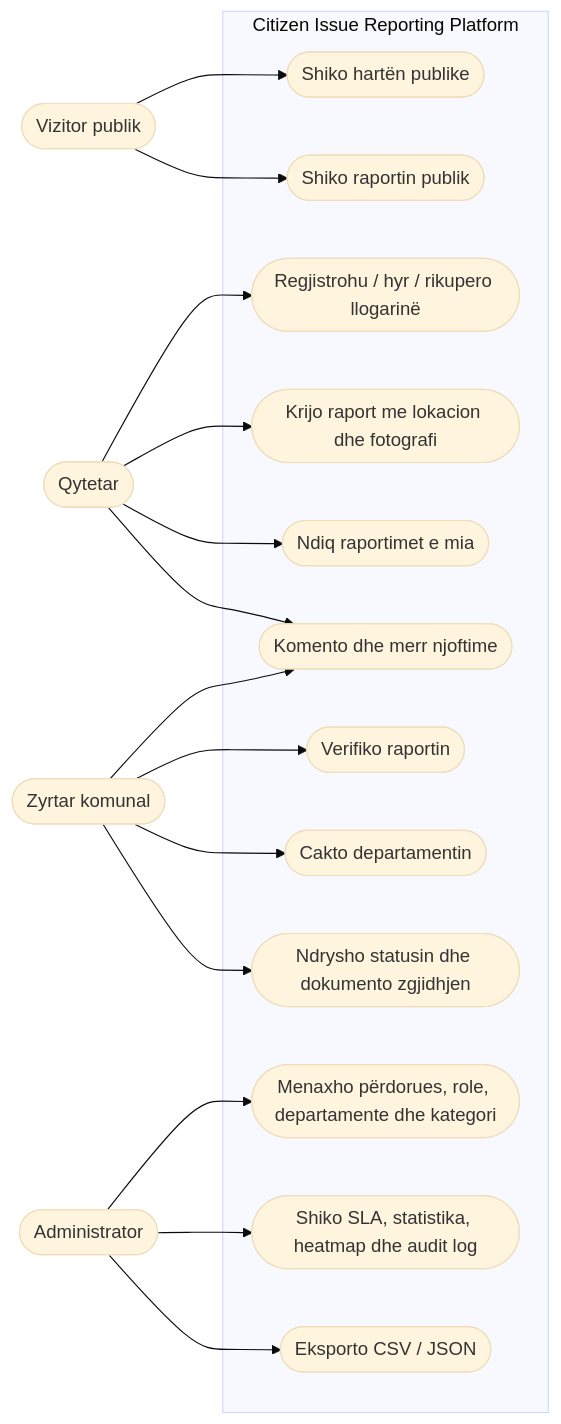
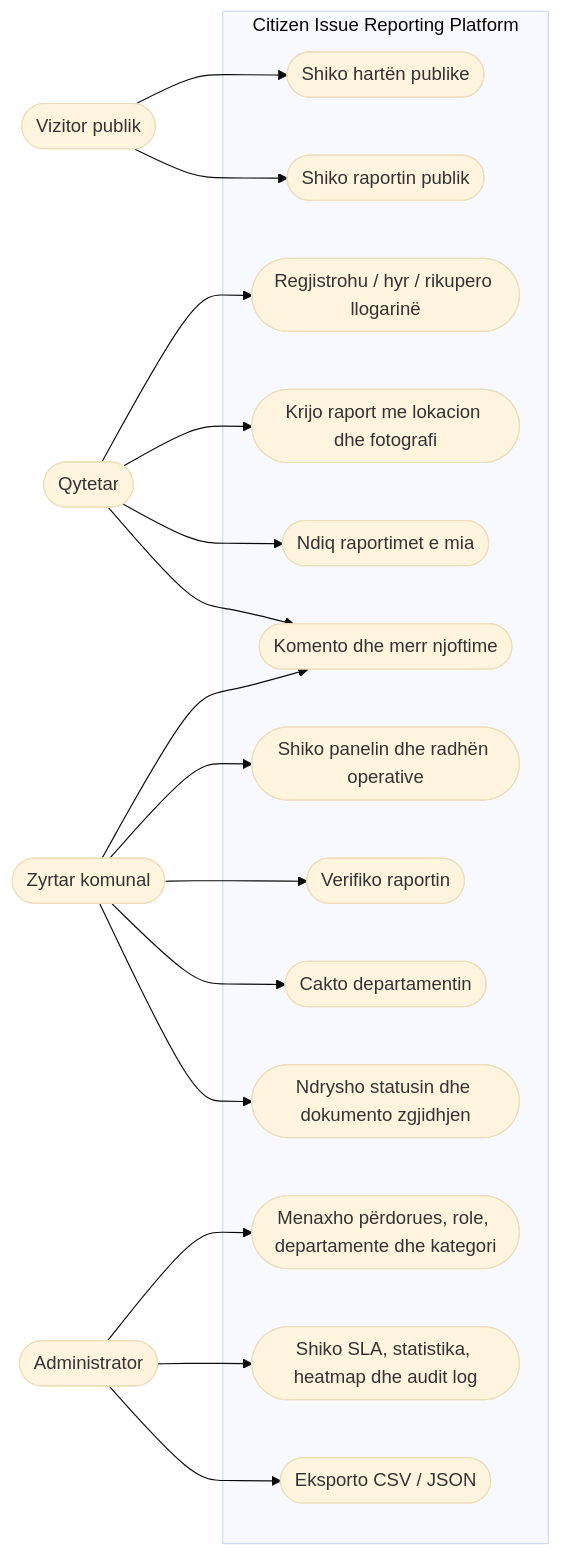
One commit to fnebihi10/Citizen-Issue-Reporting-and-Resolution-Tracking-Platform changed the first of 6 diagrams in diagrams/README.md. Above: the diagram before and after it, drawn with Mermaid (base theme). The commit also changed other lines of this file and 12 other files, not shown here.

````diff
--- a/diagrams/README.md
+++ b/diagrams/README.md
@@ -13,36 +14,38 @@
 ```mermaid
 flowchart LR
   visitor([Vizitor publik])
   citizen([Qytetar])
   official([Zyrtar komunal])
   admin([Administrator])
 
   subgraph platform["Citizen Issue Reporting Platform"]
     publicMap([Shiko hartën publike])
     publicReport([Shiko raportin publik])
     authenticate([Regjistrohu / hyr / rikupero llogarinë])
     createReport([Krijo raport me lokacion dhe fotografi])
     trackOwn([Ndiq raportimet e mia])
     comment([Komento dhe merr njoftime])
+    officialOverview([Shiko panelin dhe radhën operative])
     verify([Verifiko raportin])
     assign([Cakto departamentin])
     workflow([Ndrysho statusin dhe dokumento zgjidhjen])
     manage([Menaxho përdorues, role, departamente dhe kategori])
     analytics([Shiko SLA, statistika, heatmap dhe audit log])
     export([Eksporto CSV / JSON])
   end
 
   visitor --> publicMap
   visitor --> publicReport
   citizen --> authenticate
   citizen --> createReport
   citizen --> trackOwn
   citizen --> comment
   official --> verify
+  official --> officialOverview
   official --> assign
   official --> workflow
   official --> comment
   admin --> manage
   admin --> analytics
   admin --> export
 ```
````
